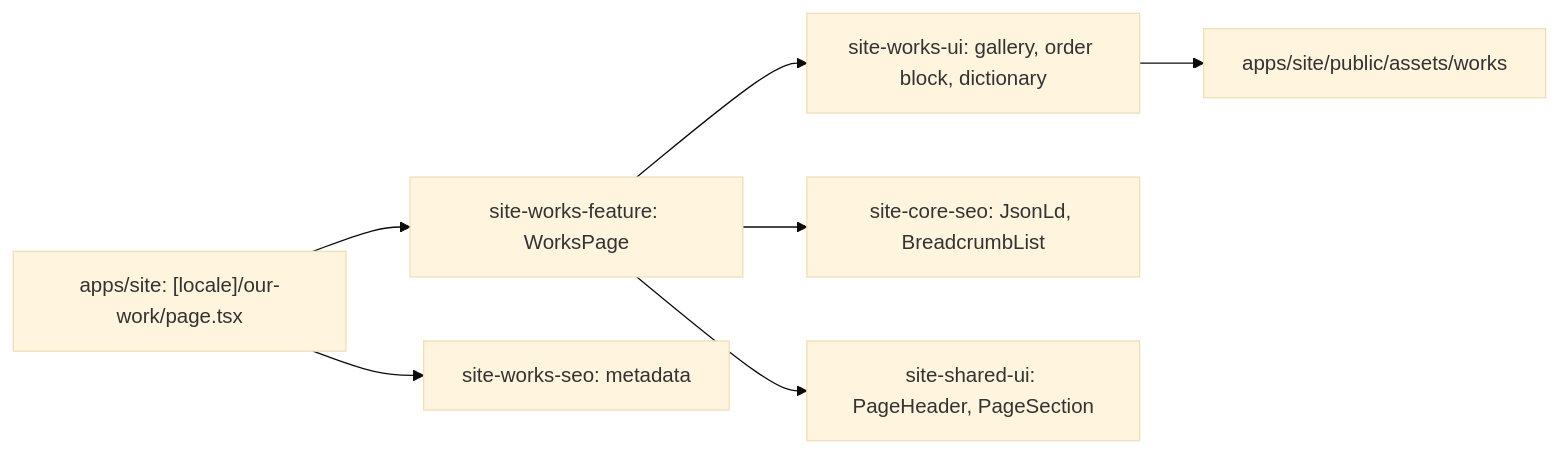
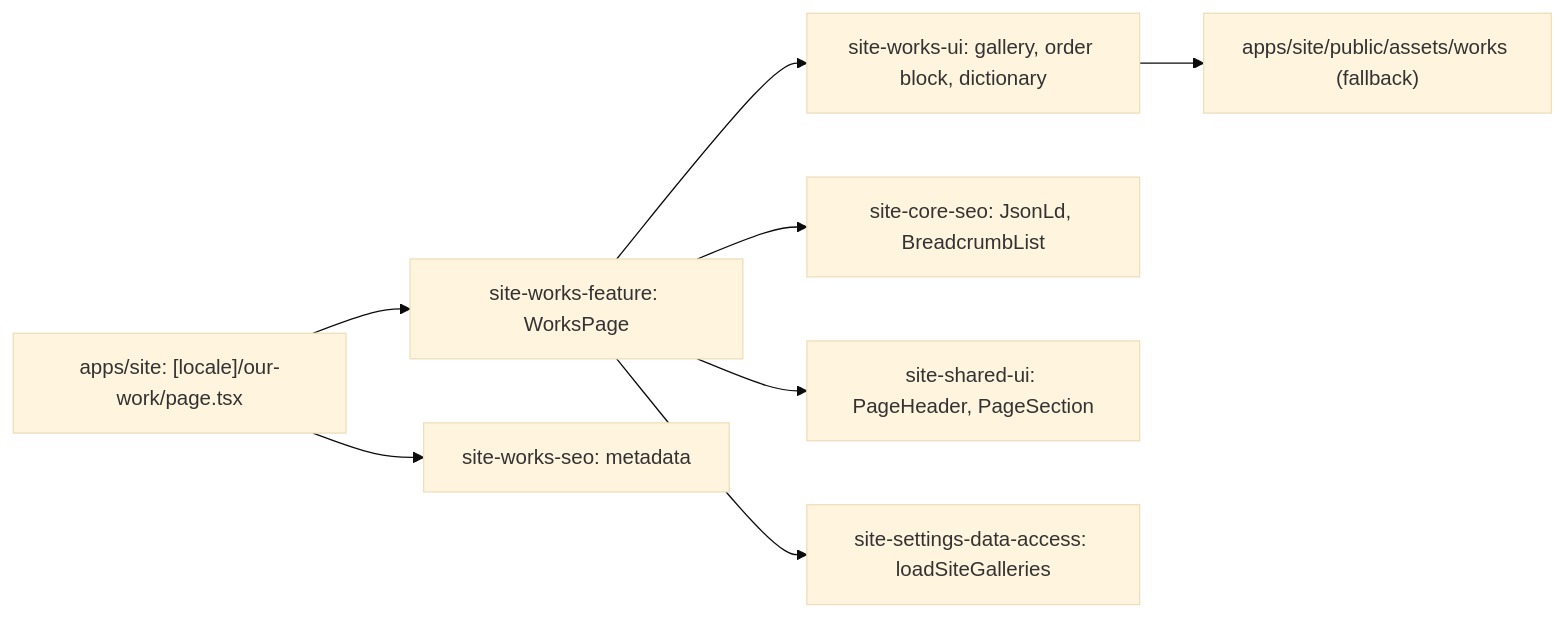
Before and after one commit to Weretik/brevi-web: the diagram in docs/features/site/works.md, drawn with Mermaid (base theme). The commit also changed other lines of this file and 53 other files, not shown here.

````diff
--- a/docs/features/site/works.md
+++ b/docs/features/site/works.md
@@ -9,9 +9,10 @@
 ```mermaid
 flowchart LR
   Route["apps/site: [locale]/our-work/page.tsx"] --> Feature["site-works-feature: WorksPage"]
   Route --> PageSeo["site-works-seo: metadata"]
   Feature --> Ui["site-works-ui: gallery, order block, dictionary"]
   Feature --> Seo["site-core-seo: JsonLd, BreadcrumbList"]
   Feature --> Shared["site-shared-ui: PageHeader, PageSection"]
-  Ui --> Photos["apps/site/public/assets/works"]
+  Feature --> Data["site-settings-data-access: loadSiteGalleries"]
+  Ui --> Photos["apps/site/public/assets/works (fallback)"]
 ```
````
